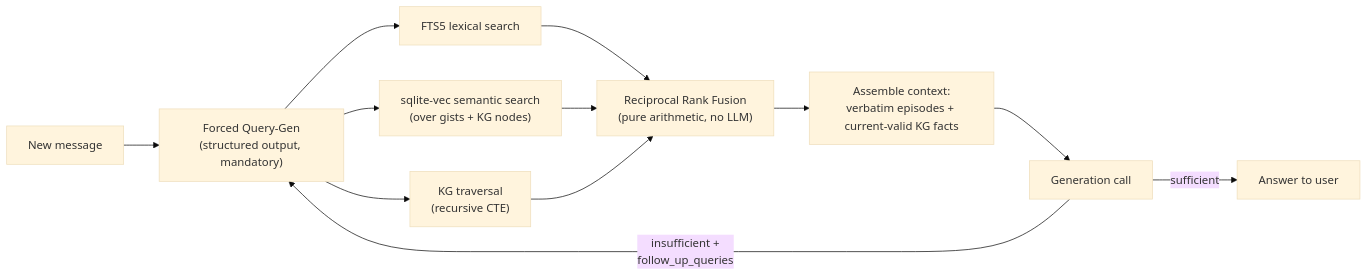
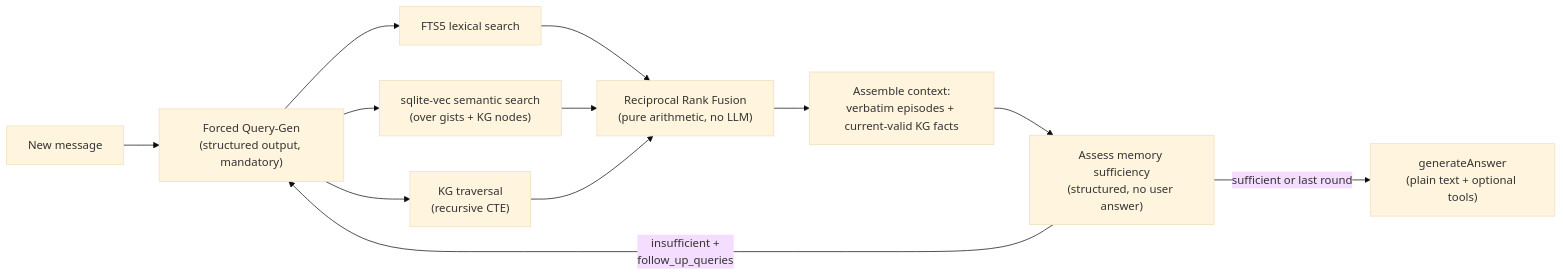
One commit to kaulsh/towa changed the third of 3 diagrams in docs/towa-design.md. Above: the diagram before and after it, drawn with Mermaid (base theme). The commit also changed other lines of this file and 32 other files, not shown here.

Commit message:
feat: Split memory assess from answer generate and add config-gated web/FS tools.

````diff
--- a/docs/towa-design.md
+++ b/docs/towa-design.md
@@ -235,14 +235,14 @@
 ```mermaid
 flowchart LR
     Msg["New message"] --> QG["Forced Query-Gen<br/>(structured output, mandatory)"]
     QG --> FTS["FTS5 lexical search"]
     QG --> VEC["sqlite-vec semantic search<br/>(over gists + KG nodes)"]
     QG --> GRAPH["KG traversal<br/>(recursive CTE)"]
     FTS --> RRF["Reciprocal Rank Fusion<br/>(pure arithmetic, no LLM)"]
     VEC --> RRF
     GRAPH --> RRF
     RRF --> Assemble["Assemble context:<br/>verbatim episodes + current-valid KG facts"]
-    Assemble --> Gen["Generation call"]
-    Gen -->|sufficient| Answer["Answer to user"]
-    Gen -->|"insufficient +<br/>follow_up_queries"| QG
+    Assemble --> Assess["Assess memory sufficiency<br/>(structured, no user answer)"]
+    Assess -->|"insufficient +<br/>follow_up_queries"| QG
+    Assess -->|sufficient or last round| Answer["generateAnswer<br/>(plain text + optional tools)"]
 ```
````
